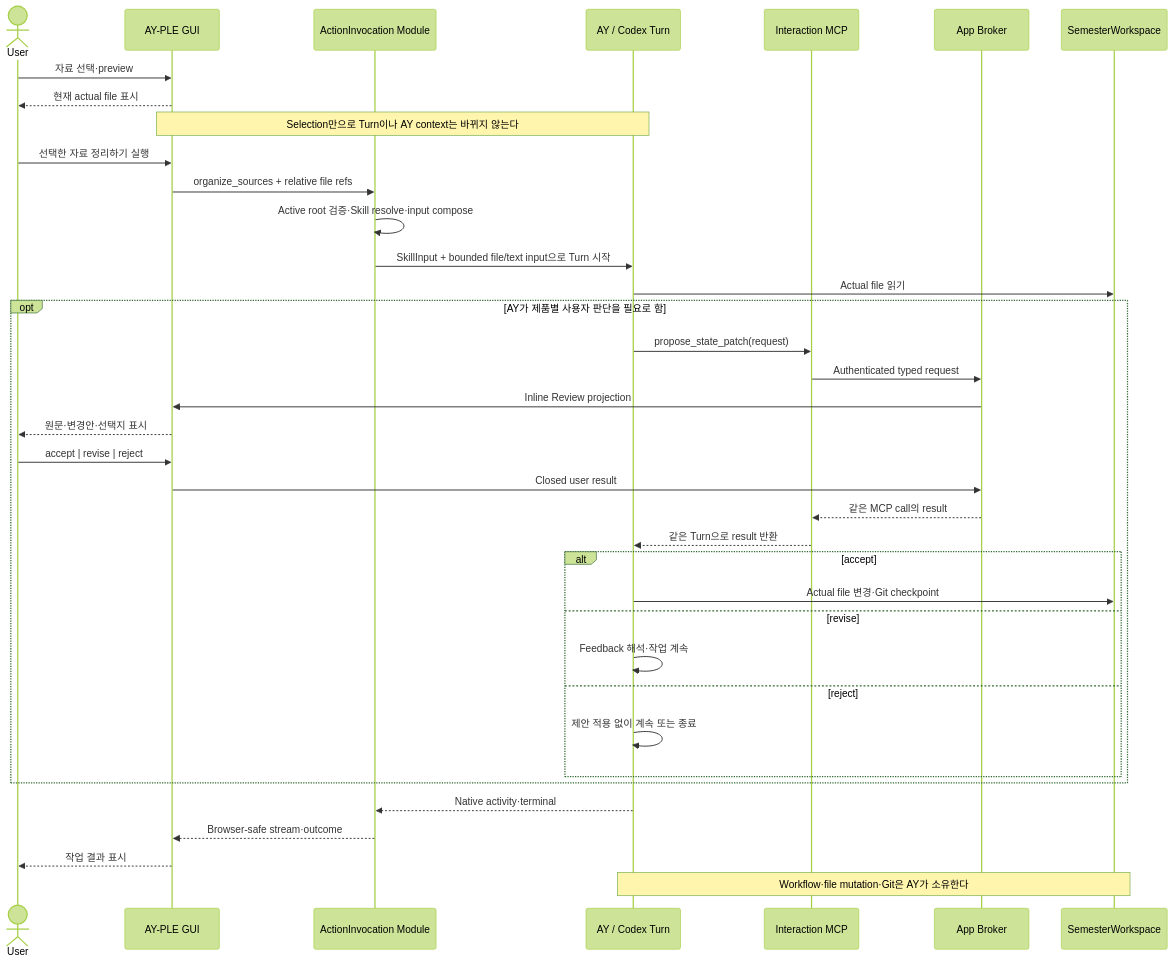
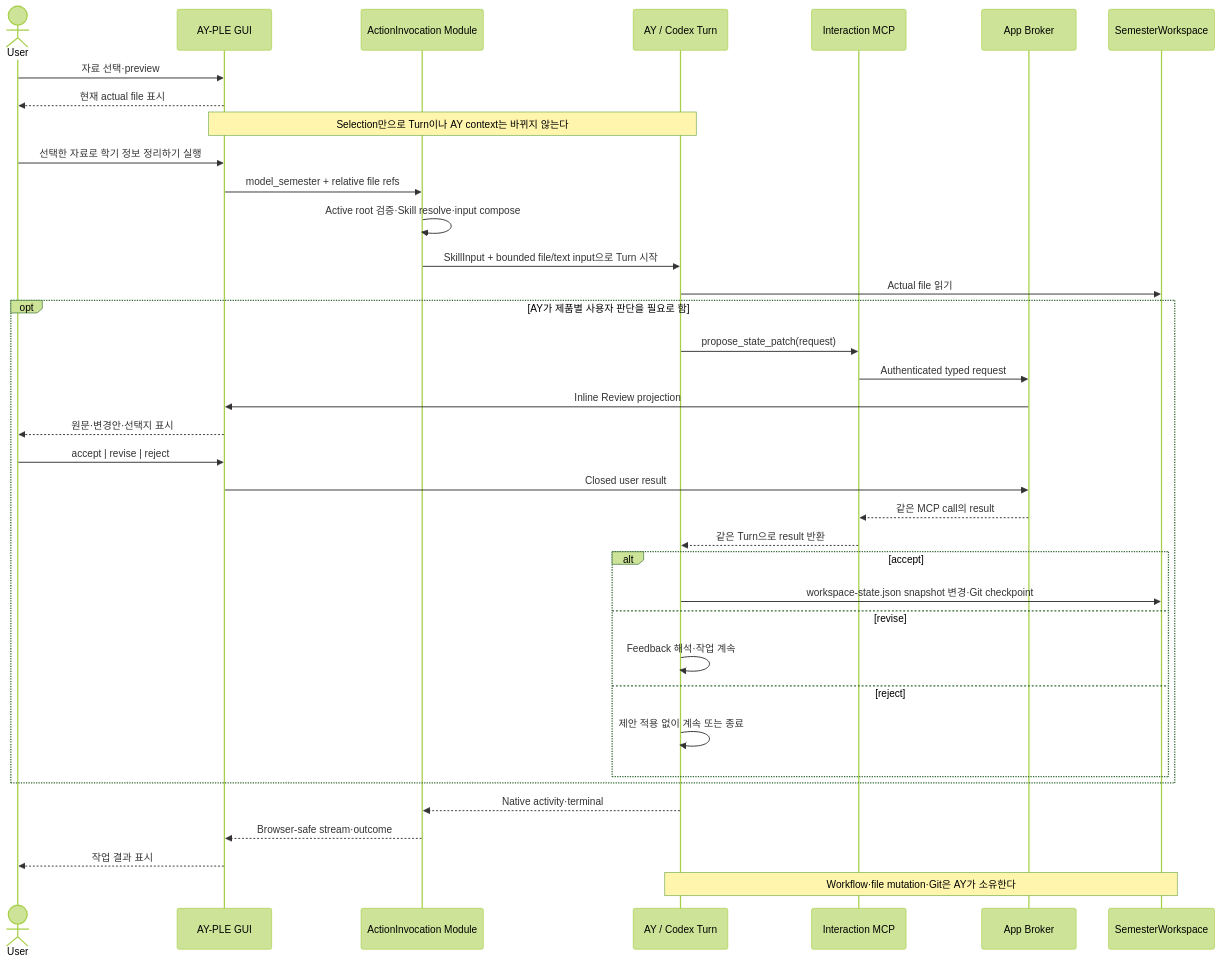
One commit to Mureung1/hub-showcase changed the second of 2 diagrams in docs/architecture/ay-app-interaction-layer.md. Above: the diagram before and after it, drawn with Mermaid (forest theme). The commit also changed other lines of this file and 23 other files, not shown here.

````diff
--- a/docs/architecture/ay-app-interaction-layer.md
+++ b/docs/architecture/ay-app-interaction-layer.md
@@ -67,44 +80,44 @@
 ```mermaid
 sequenceDiagram
     actor U as User
     participant G as AY-PLE GUI
     participant I as ActionInvocation Module
     participant A as AY / Codex Turn
     participant M as Interaction MCP
     participant B as App Broker
     participant W as SemesterWorkspace
 
     U->>G: 자료 선택·preview
     G-->>U: 현재 actual file 표시
     Note over G,A: Selection만으로 Turn이나 AY context는 바뀌지 않는다
 
-    U->>G: 선택한 자료 정리하기 실행
-    G->>I: organize_sources + relative file refs
+    U->>G: 선택한 자료로 학기 정보 정리하기 실행
+    G->>I: model_semester + relative file refs
     I->>I: Active root 검증·Skill resolve·input compose
     I->>A: SkillInput + bounded file/text input으로 Turn 시작
     A->>W: Actual file 읽기
 
     opt AY가 제품별 사용자 판단을 필요로 함
         A->>M: propose_state_patch(request)
         M->>B: Authenticated typed request
         B->>G: Inline Review projection
         G-->>U: 원문·변경안·선택지 표시
         U->>G: accept | revise | reject
         G->>B: Closed user result
         B-->>M: 같은 MCP call의 result
         M-->>A: 같은 Turn으로 result 반환
 
         alt accept
-            A->>W: Actual file 변경·Git checkpoint
+            A->>W: workspace-state.json snapshot 변경·Git checkpoint
         else revise
             A->>A: Feedback 해석·작업 계속
         else reject
             A->>A: 제안 적용 없이 계속 또는 종료
         end
     end
 
     A-->>I: Native activity·terminal
     I-->>G: Browser-safe stream·outcome
     G-->>U: 작업 결과 표시
     Note over A,W: Workflow·file mutation·Git은 AY가 소유한다
 ```
````
